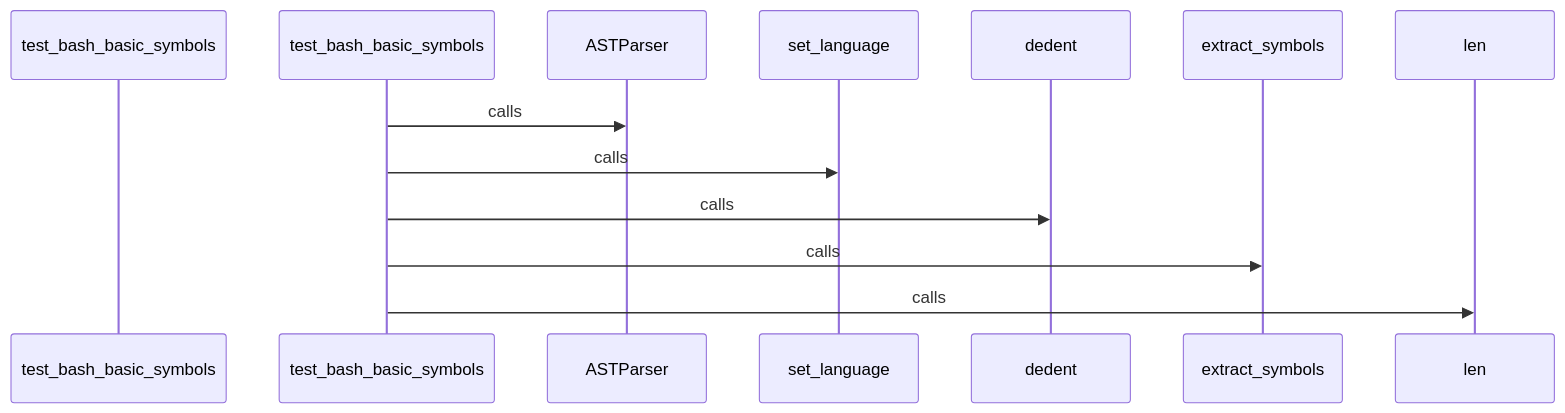
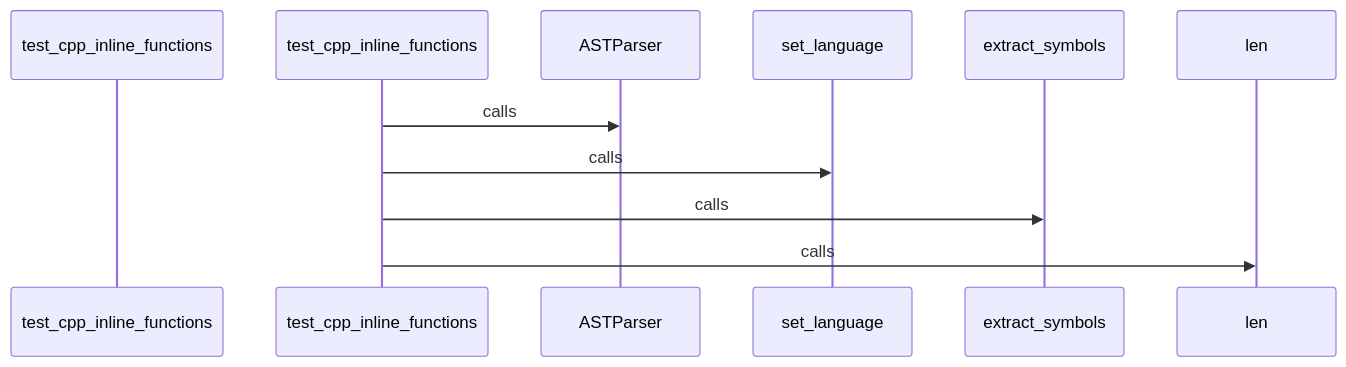
Diagram 23 of 27 in docs/CALL_FLOW.md (hazalkoom/DECODEx01), drawn with Mermaid before and after one commit. The commit also changed other lines of this file and 12 other files, not shown here.

````diff
--- a/docs/CALL_FLOW.md
+++ b/docs/CALL_FLOW.md
@@ -953,25 +869,21 @@
 ```mermaid
 sequenceDiagram
-    participant Start as test_bash_basic_symbols
+    participant Start as test_cpp_inline_functions
 
 
-    test_bash_basic_symbols->>ASTParser: calls
+    test_cpp_inline_functions->>ASTParser: calls
 
 
 
-    test_bash_basic_symbols->>set_language: calls
+    test_cpp_inline_functions->>set_language: calls
 
 
 
-    test_bash_basic_symbols->>dedent: calls
+    test_cpp_inline_functions->>extract_symbols: calls
 
 
 
-    test_bash_basic_symbols->>extract_symbols: calls
-
-
-
-    test_bash_basic_symbols->>len: calls
+    test_cpp_inline_functions->>len: calls
 
 
 ```
````
